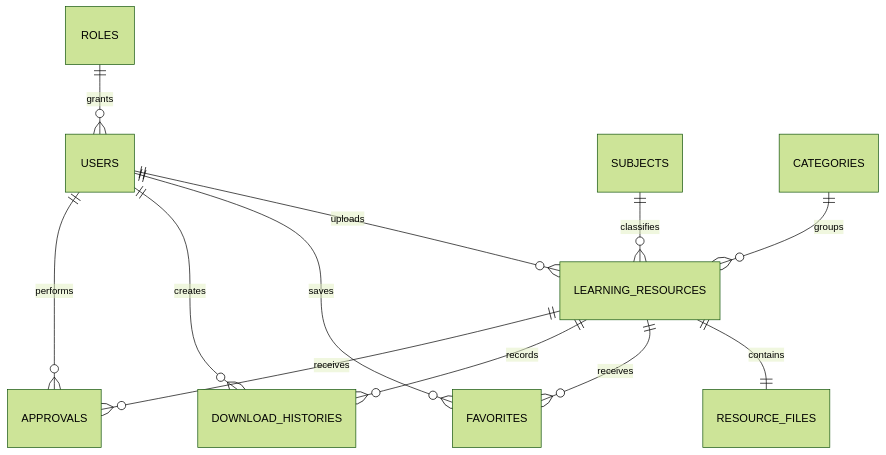
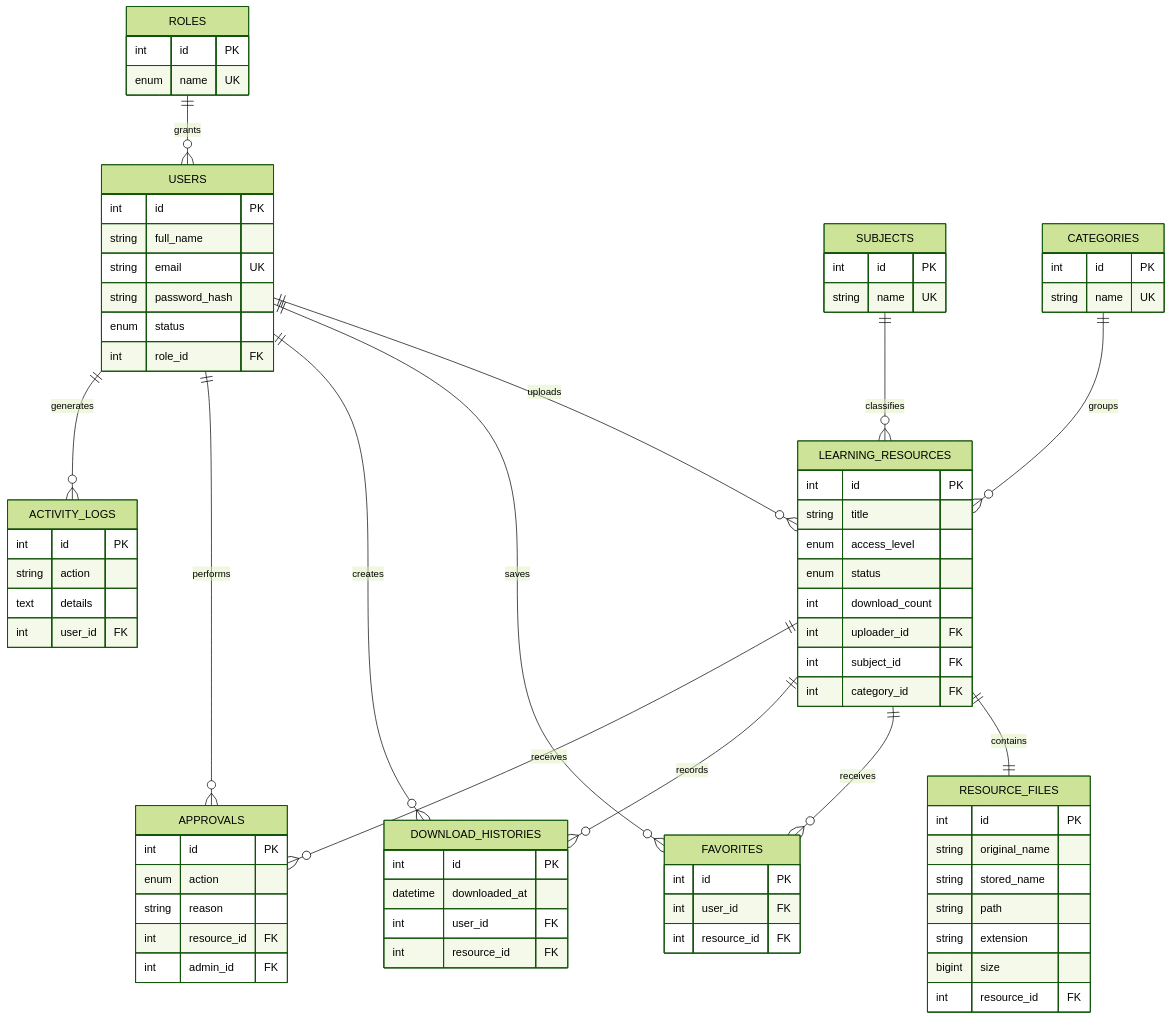
The second of 3 diagrams in docs/diagrams/system-design.md (giakhiem1803/CNPM-3), drawn with Mermaid (forest theme) before and after one commit. The commit also changed other lines of this file and 3 other files, not shown here.

Commit message:
Complete project proposal ERD and API collection

````diff
--- a/docs/diagrams/system-design.md
+++ b/docs/diagrams/system-design.md
@@ -16,14 +16,78 @@
 ```mermaid
 erDiagram
+  ROLES {
+    int id PK
+    enum name UK
+  }
+  USERS {
+    int id PK
+    string full_name
+    string email UK
+    string password_hash
+    enum status
+    int role_id FK
+  }
+  SUBJECTS {
+    int id PK
+    string name UK
+  }
+  CATEGORIES {
+    int id PK
+    string name UK
+  }
+  LEARNING_RESOURCES {
+    int id PK
+    string title
+    enum access_level
+    enum status
+    int download_count
+    int uploader_id FK
+    int subject_id FK
+    int category_id FK
+  }
+  RESOURCE_FILES {
+    int id PK
+    string original_name
+    string stored_name
+    string path
+    string extension
+    bigint size
+    int resource_id FK
+  }
+  FAVORITES {
+    int id PK
+    int user_id FK
+    int resource_id FK
+  }
+  DOWNLOAD_HISTORIES {
+    int id PK
+    datetime downloaded_at
+    int user_id FK
+    int resource_id FK
+  }
+  APPROVALS {
+    int id PK
+    enum action
+    string reason
+    int resource_id FK
+    int admin_id FK
+  }
+  ACTIVITY_LOGS {
+    int id PK
+    string action
+    text details
+    int user_id FK
+  }
   ROLES ||--o{ USERS : grants
   USERS ||--o{ LEARNING_RESOURCES : uploads
   SUBJECTS ||--o{ LEARNING_RESOURCES : classifies
   CATEGORIES ||--o{ LEARNING_RESOURCES : groups
   LEARNING_RESOURCES ||--|| RESOURCE_FILES : contains
   USERS ||--o{ FAVORITES : saves
   LEARNING_RESOURCES ||--o{ FAVORITES : receives
   USERS ||--o{ DOWNLOAD_HISTORIES : creates
   LEARNING_RESOURCES ||--o{ DOWNLOAD_HISTORIES : records
   USERS ||--o{ APPROVALS : performs
   LEARNING_RESOURCES ||--o{ APPROVALS : receives
+  USERS ||--o{ ACTIVITY_LOGS : generates
 ```
````
